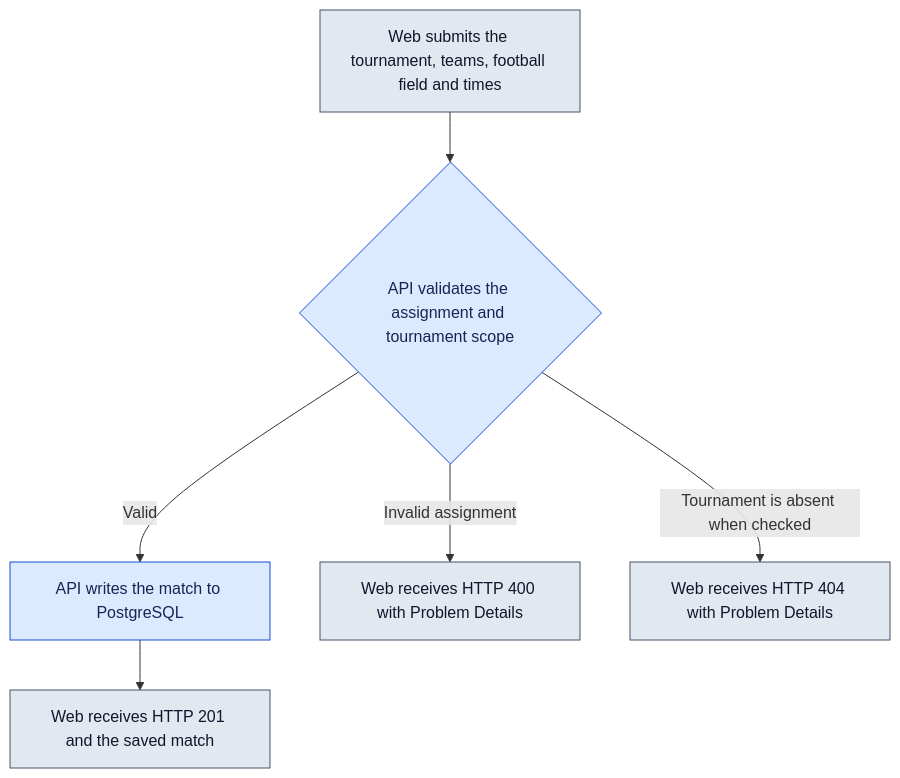
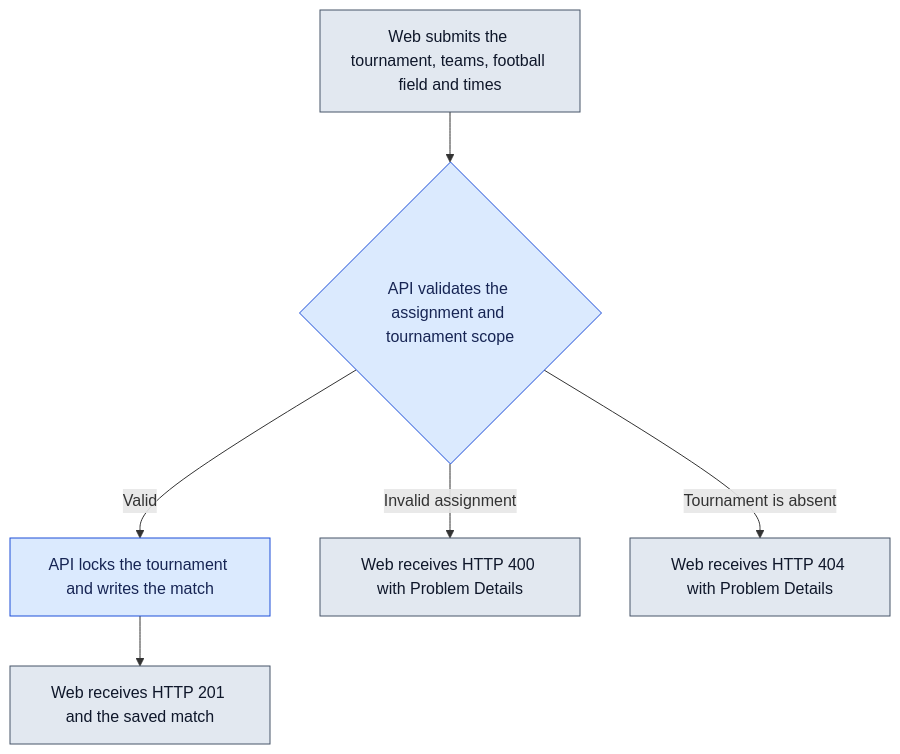
One commit to DmytroBrat/tournament-iq changed the second of 3 diagrams in docs/Target Architecture (HLD)/v1/Containers/API.md. Above: the diagram before and after it, drawn with Mermaid. The commit also changed other lines of this file and 11 other files, not shown here.

````diff
--- a/docs/Target Architecture (HLD)/v1/Containers/API.md
+++ b/docs/Target Architecture (HLD)/v1/Containers/API.md
@@ -28,12 +28,12 @@
 ```mermaid
 flowchart TD
   Submit["Web submits the tournament, teams, football field and times"] --> Check{"API validates the assignment and tournament scope"}
-  Check -->|"Valid"| Persist["API writes the match to PostgreSQL"]
+  Check -->|"Valid"| Persist["API locks the tournament and writes the match"]
   Persist --> Created["Web receives HTTP 201 and the saved match"]
   Check -->|"Invalid assignment"| Bad["Web receives HTTP 400 with Problem Details"]
-  Check -->|"Tournament is absent when checked"| Missing["Web receives HTTP 404 with Problem Details"]
+  Check -->|"Tournament is absent"| Missing["Web receives HTTP 404 with Problem Details"]
   classDef context fill:#e2e8f0,stroke:#475569,color:#0f172a
   classDef required fill:#dbeafe,stroke:#1d4ed8,color:#172554
   class Submit,Created,Bad,Missing context
   class Check,Persist required
 ```
````
